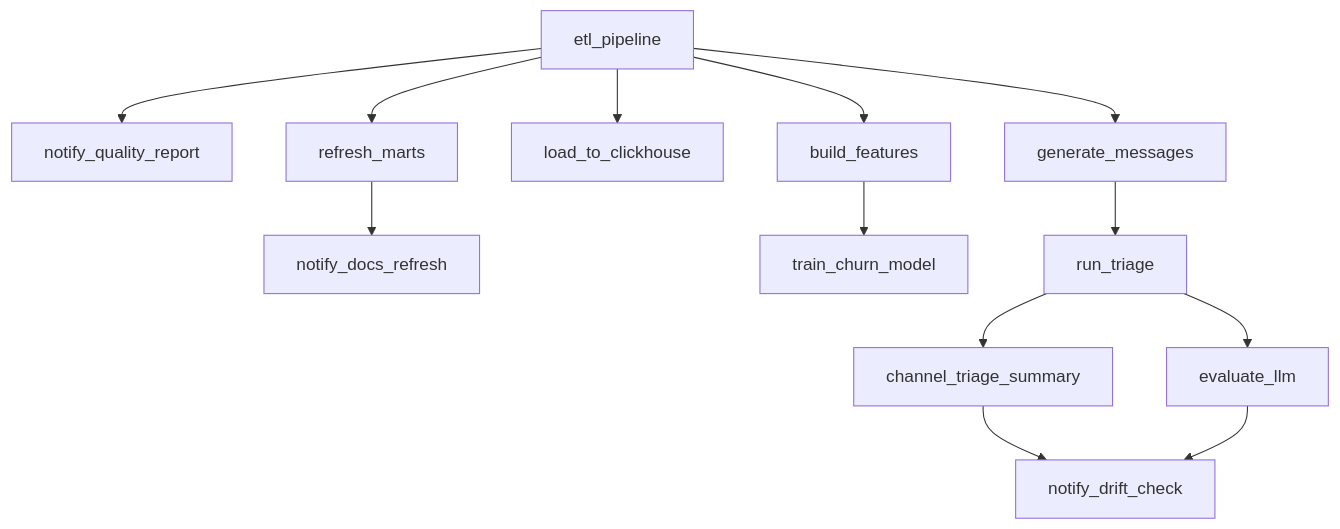
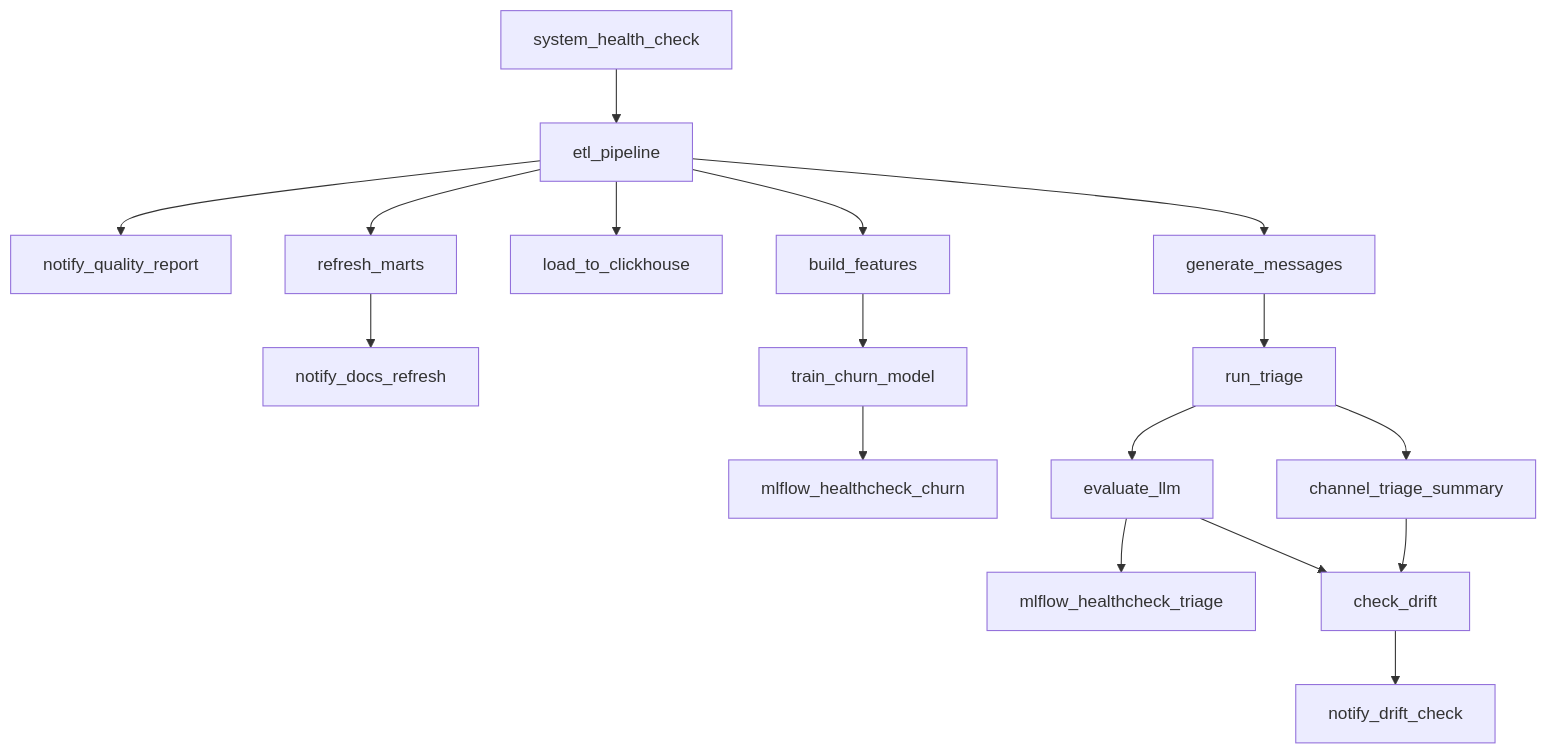
One commit to exist-ty/Nikolay-Kolesnikov-Data-Engineering-Applied-ML-LLM-Portfolio-Hub changed the second of 2 diagrams in README.md. Above: the diagram before and after it, drawn with Mermaid. The commit also changed other lines of this file and 6 other files, not shown here.

First line of the commit message:
Add MLflow service, system health check and drift check to the DAG

````diff
--- a/README.md
+++ b/README.md
@@ -205,12 +209,14 @@
 ```mermaid
 graph TD
-    A[etl_pipeline] --> B[notify_quality_report]
+    S[system_health_check] --> A[etl_pipeline]
+    A --> B[notify_quality_report]
     A --> C[refresh_marts] --> D[notify_docs_refresh]
     A --> E[load_to_clickhouse]
-    A --> F[build_features] --> G[train_churn_model]
+    A --> F[build_features] --> G[train_churn_model] --> M1[mlflow_healthcheck_churn]
     A --> H[generate_messages] --> I[run_triage]
     I --> J[channel_triage_summary]
-    I --> K[evaluate_llm]
-    J --> L[notify_drift_check]
-    K --> L
+    I --> K[evaluate_llm] --> M2[mlflow_healthcheck_triage]
+    J --> P[check_drift]
+    K --> P
+    P --> L[notify_drift_check]
 ```
````
